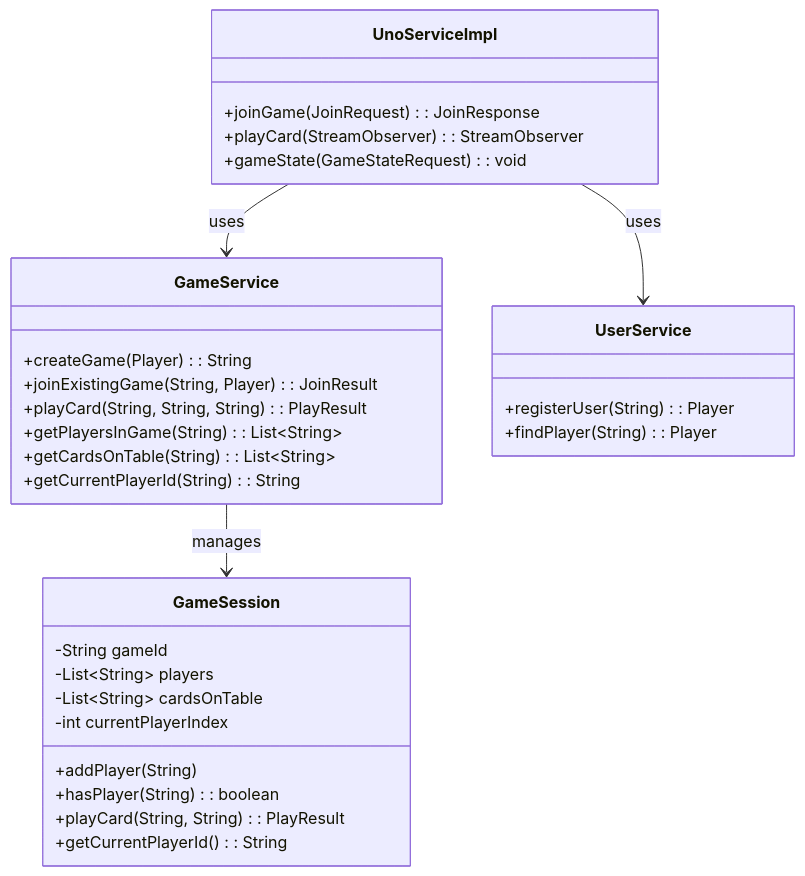
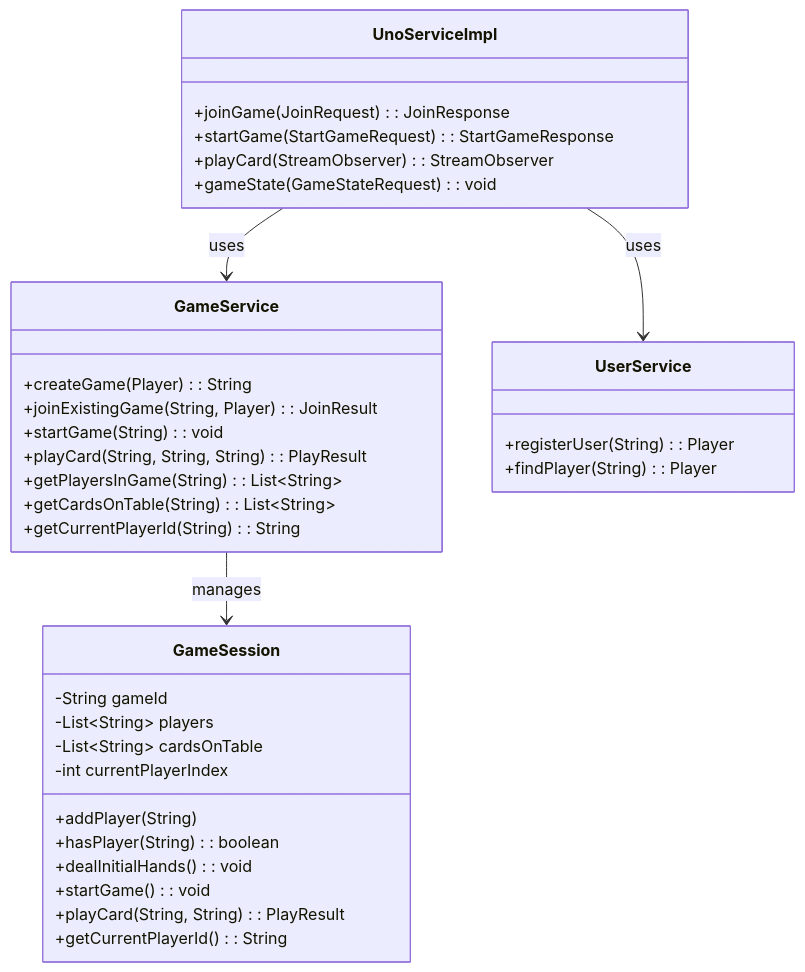
Before and after one commit to YashzAlphaGeek/FluxRPC: the first of 3 diagrams in uno-rpc/uno-backend/README.md, drawn with Mermaid. The commit also changed other lines of this file, not shown here.

````diff
--- a/uno-rpc/uno-backend/README.md
+++ b/uno-rpc/uno-backend/README.md
@@ -40,37 +41,41 @@
 ```mermaid
 classDiagram
     class UnoServiceImpl {
         +joinGame(JoinRequest) : JoinResponse
+        +startGame(StartGameRequest) : StartGameResponse
         +playCard(StreamObserver<PlayResponse>) : StreamObserver<PlayRequest>
         +gameState(GameStateRequest) : void
     }
 
     class GameService {
         +createGame(Player) : String
         +joinExistingGame(String, Player) : JoinResult
+        +startGame(String) : void
         +playCard(String, String, String) : PlayResult
         +getPlayersInGame(String) : List~String~
         +getCardsOnTable(String) : List~String~
         +getCurrentPlayerId(String) : String
     }
 
     class UserService {
         +registerUser(String) : Player
         +findPlayer(String) : Player
     }
 
     class GameSession {
         -String gameId
         -List~String~ players
         -List~String~ cardsOnTable
         -int currentPlayerIndex
         +addPlayer(String)
         +hasPlayer(String) : boolean
+        +dealInitialHands() : void
+        +startGame() : void
         +playCard(String, String) : PlayResult
         +getCurrentPlayerId() : String
     }
 
     UnoServiceImpl --> GameService : uses
     UnoServiceImpl --> UserService : uses
     GameService --> GameSession : manages
 ```
````
